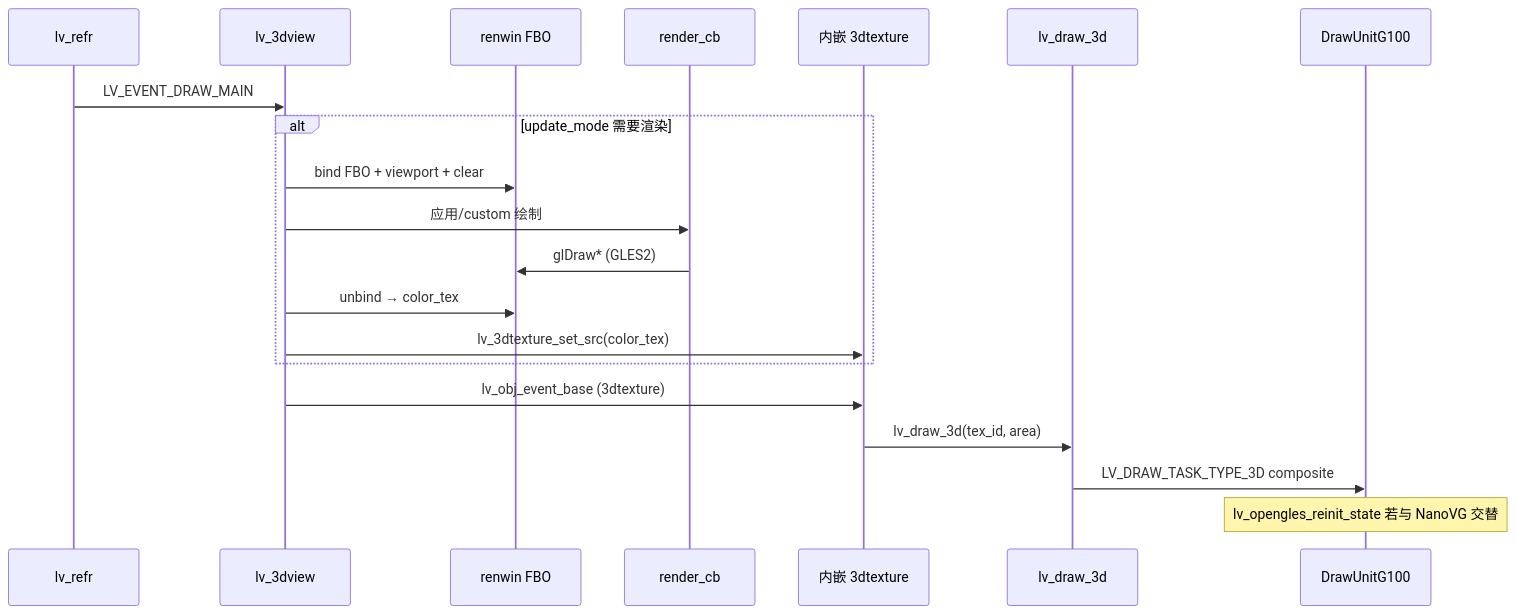
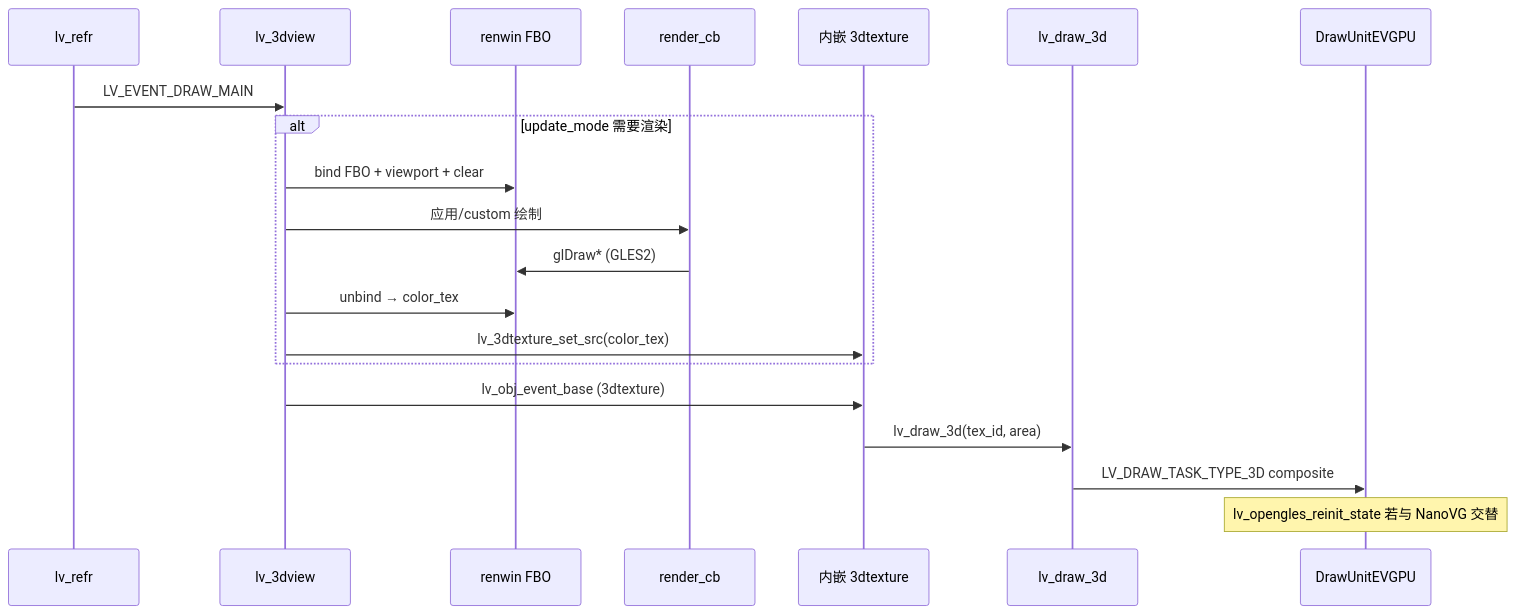
Before and after one commit to ganzhong007/lv_port_linux: the eighth of 9 diagrams in docs/opengles2_gpu_integration_guide.md, drawn with Mermaid. The commit also changed other lines of this file and 13 other files, not shown here.

````diff
--- a/docs/opengles2_gpu_integration_guide.md
+++ b/docs/opengles2_gpu_integration_guide.md
@@ -690,23 +690,23 @@
 ```mermaid
 sequenceDiagram
     participant R as lv_refr
     participant V as lv_3dview
     participant RW as renwin FBO
     participant CB as render_cb
     participant T as 内嵌 3dtexture
     participant D as lv_draw_3d
-    participant G as DrawUnitG100
+    participant G as DrawUnitEVGPU
 
     R->>V: LV_EVENT_DRAW_MAIN
     alt update_mode 需要渲染
         V->>RW: bind FBO + viewport + clear
         V->>CB: 应用/custom 绘制
         CB->>RW: glDraw* (GLES2)
         V->>RW: unbind → color_tex
         V->>T: lv_3dtexture_set_src(color_tex)
     end
     V->>T: lv_obj_event_base (3dtexture)
     T->>D: lv_draw_3d(tex_id, area)
     D->>G: LV_DRAW_TASK_TYPE_3D composite
     Note over G: lv_opengles_reinit_state 若与 NanoVG 交替
 ```
````
